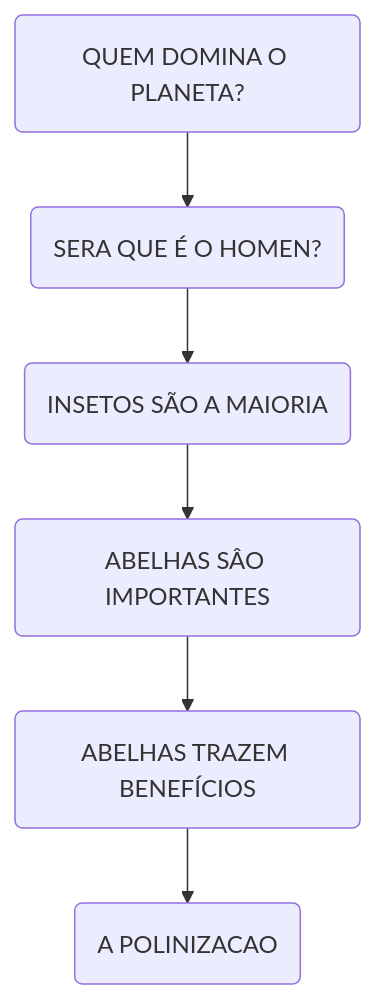
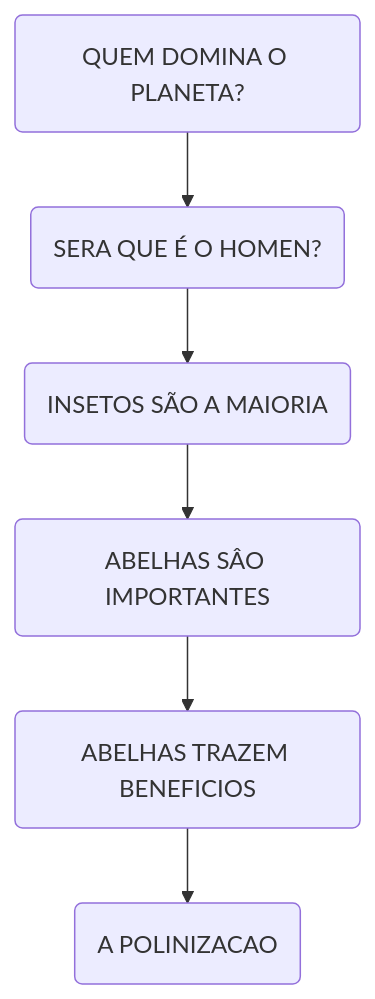
One commit to f290DSM/f290_dsm_pi6_rubrica_portfolio changed the first of 2 diagrams in README.md. Above: the diagram before and after it, drawn with Mermaid.

````diff
--- a/README.md
+++ b/README.md
@@ -105,16 +105,16 @@
 ```mermaid
 graph TB
 a(QUEM DOMINA O PLANETA?)
 b(SERA QUE É O HOMEN?)
 c(INSETOS SÃO A MAIORIA)
 d(ABELHAS SÂO IMPORTANTES)
-e(ABELHAS TRAZEM BENEFÍCIOS)
+e(ABELHAS TRAZEM BENEFICIOS)
 f(A POLINIZACAO)
 
 a --> b 
 b --> c 
 c --> d 
 d --> e 
 e --> f
 
 ```
````
